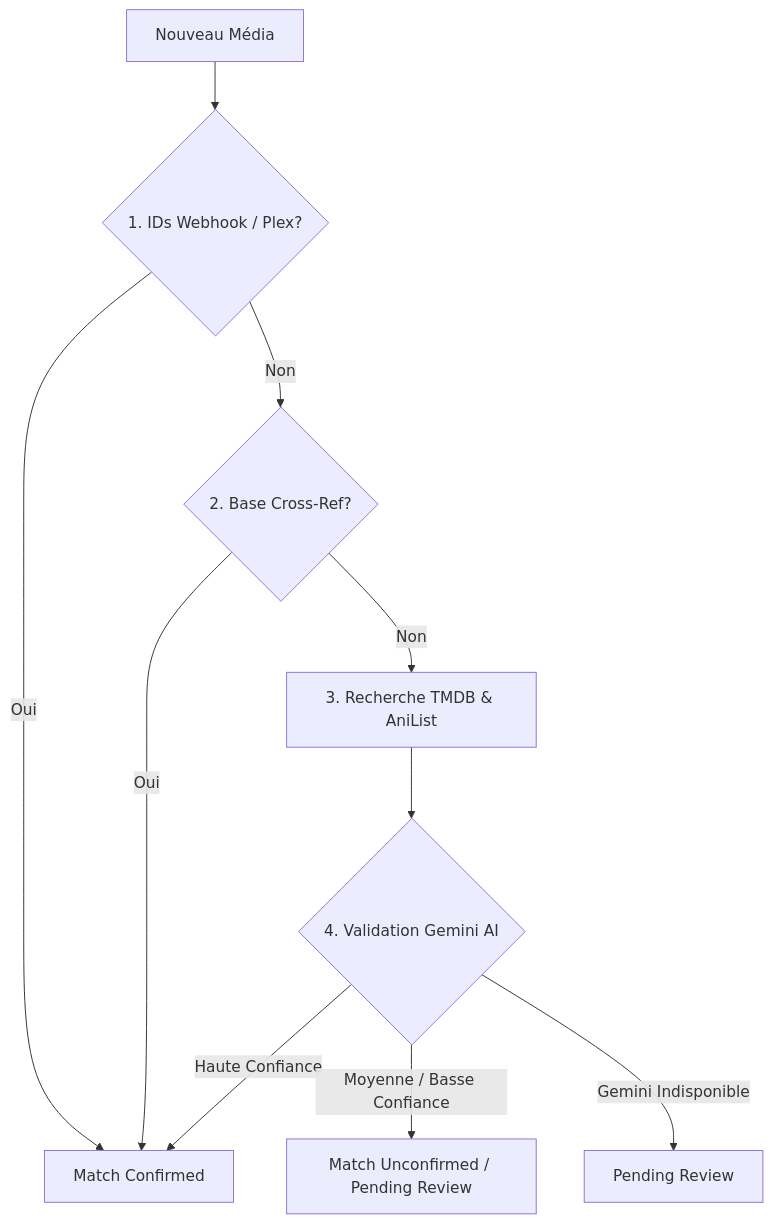
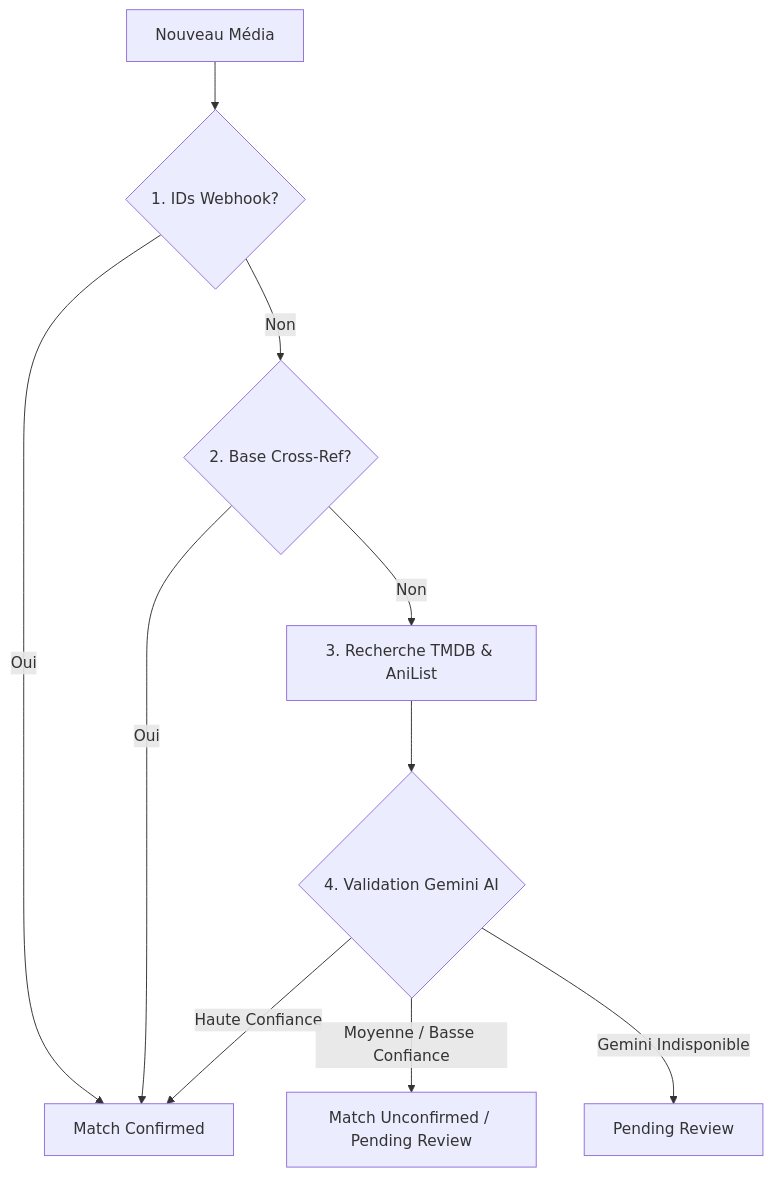
Before and after one commit to Soviann/trackarr: the diagram in docs/background-jobs.md, drawn with Mermaid. The commit also changed other lines of this file and 5 other files, not shown here.

````diff
--- a/docs/background-jobs.md
+++ b/docs/background-jobs.md
@@ -33,12 +33,12 @@
 ```mermaid
 graph TD
-    A[Nouveau Média] --> B{1. IDs Webhook / Plex?}
+    A[Nouveau Média] --> B{1. IDs Webhook?}
     B -- Oui --> C[Match Confirmed]
     B -- Non --> D{2. Base Cross-Ref?}
     D -- Oui --> C
     D -- Non --> E[3. Recherche TMDB & AniList]
     E --> F{4. Validation Gemini AI}
     F -- Haute Confiance --> C
     F -- Moyenne / Basse Confiance --> G[Match Unconfirmed / Pending Review]
     F -- Gemini Indisponible --> H[Pending Review]
 ```
````
